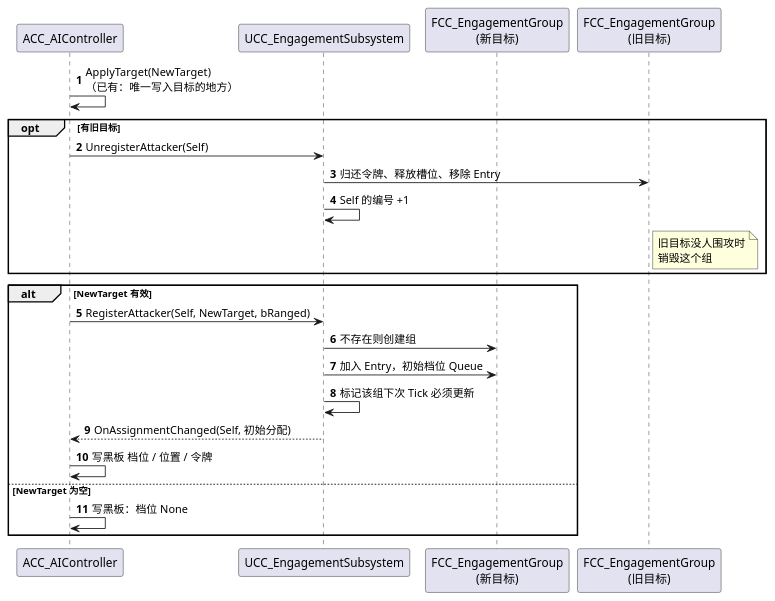
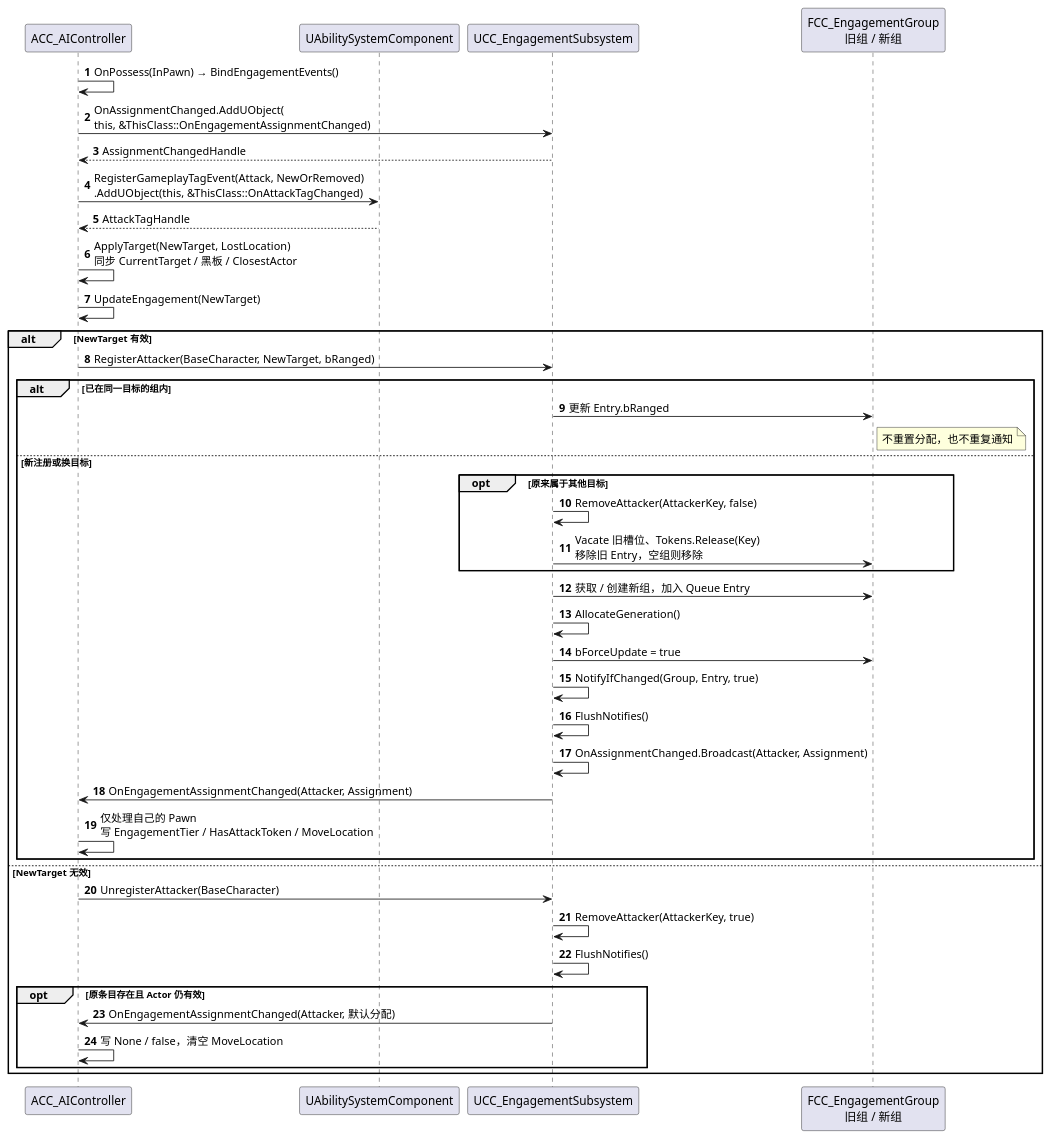
The fifth of 11 diagrams in Docs/AI-Engagement.zh-CN.md (peng984251536/GAS_Demo), drawn with PlantUML before and after one commit. The commit also changed other lines of this file and 181 other files, not shown here.

````diff
--- a/Docs/AI-Engagement.zh-CN.md
+++ b/Docs/AI-Engagement.zh-CN.md
@@ -451,30 +546,48 @@
 ```plantuml
 @startuml 注册时序
 skinparam shadowing false
 skinparam defaultFontName "Microsoft YaHei"
 autonumber
+participant "ACC_AIController" as C
+participant "UAbilitySystemComponent" as ASC
+participant "UCC_EngagementSubsystem" as S
+participant "FCC_EngagementGroup\n旧组 / 新组" as G
 
-participant "ACC_AIController" as C
-participant "UCC_EngagementSubsystem" as S
-participant "FCC_EngagementGroup\n(新目标)" as G
-participant "FCC_EngagementGroup\n(旧目标)" as OG
+C -> C : OnPossess(InPawn) → BindEngagementEvents()
+C -> S : OnAssignmentChanged.AddUObject(\nthis, &ThisClass::OnEngagementAssignmentChanged)
+S --> C : AssignmentChangedHandle
+C -> ASC : RegisterGameplayTagEvent(Attack, NewOrRemoved)\n.AddUObject(this, &ThisClass::OnAttackTagChanged)
+ASC --> C : AttackTagHandle
 
-C -> C : ApplyTarget(NewTarget)\n（已有：唯一写入目标的地方）
-opt 有旧目标
-  C -> S : UnregisterAttacker(Self)
-  S -> OG : 归还令牌、释放槽位、移除 Entry
-  S -> S : Self 的编号 +1
-  note right of OG : 旧目标没人围攻时\n销毁这个组
-end
+C -> C : ApplyTarget(NewTarget, LostLocation)\n同步 CurrentTarget / 黑板 / ClosestActor
+C -> C : UpdateEngagement(NewTarget)
 alt NewTarget 有效
-  C -> S : RegisterAttacker(Self, NewTarget, bRanged)
-  S -> G : 不存在则创建组
-  S -> G : 加入 Entry，初始档位 Queue
-  S -> S : 标记该组下次 Tick 必须更新
-  S --> C : OnAssignmentChanged(Self, 初始分配)
-  C -> C : 写黑板 档位 / 位置 / 令牌
-else NewTarget 为空
-  C -> C : 写黑板：档位 None
+  C -> S : RegisterAttacker(BaseCharacter, NewTarget, bRanged)
+  alt 已在同一目标的组内
+    S -> G : 更新 Entry.bRanged
+    note right of G : 不重置分配，也不重复通知
+  else 新注册或换目标
+    opt 原来属于其他目标
+      S -> S : RemoveAttacker(AttackerKey, false)
+      S -> G : Vacate 旧槽位、Tokens.Release(Key)\n移除旧 Entry，空组则移除
+    end
+    S -> G : 获取 / 创建新组，加入 Queue Entry
+    S -> S : AllocateGeneration()
+    S -> G : bForceUpdate = true
+    S -> S : NotifyIfChanged(Group, Entry, true)
+    S -> S : FlushNotifies()
+    S -> S : OnAssignmentChanged.Broadcast(Attacker, Assignment)
+    S -> C : OnEngagementAssignmentChanged(Attacker, Assignment)
+    C -> C : 仅处理自己的 Pawn\n写 EngagementTier / HasAttackToken / MoveLocation
+  end
+else NewTarget 无效
+  C -> S : UnregisterAttacker(BaseCharacter)
+  S -> S : RemoveAttacker(AttackerKey, true)
+  S -> S : FlushNotifies()
+  opt 原条目存在且 Actor 仍有效
+    S -> C : OnEngagementAssignmentChanged(Attacker, 默认分配)
+    C -> C : 写 None / false，清空 MoveLocation
+  end
 end
 @enduml
 ```
````
